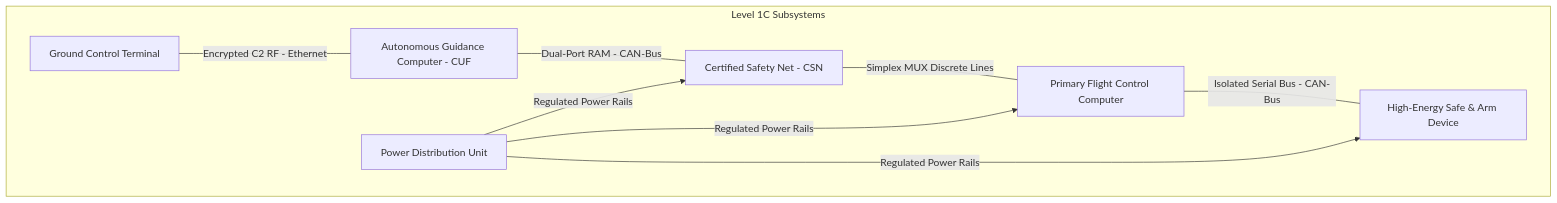
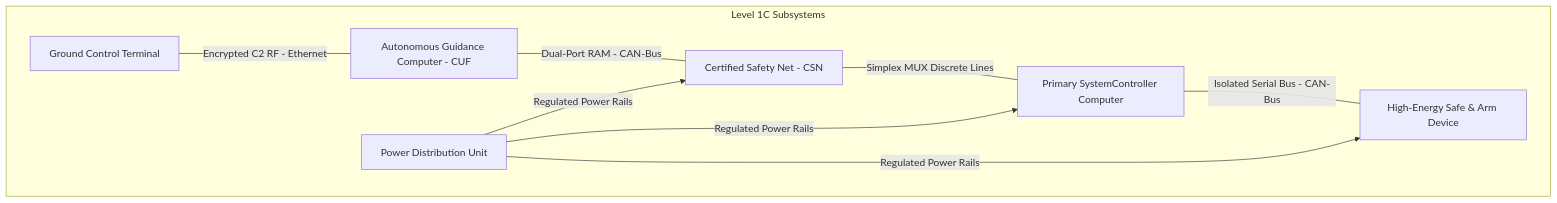
The ninth of 11 diagrams in docs/architecture/blueprints/DEAP_DETERMINISTIC_SAFETY_SPECIFICATION_COMPILER_BLUEPRINT.md (gintatkinson/DEAP01-spec-core), drawn with Mermaid before and after one commit. The commit also changed other lines of this file and 3 other files, not shown here.

````diff
--- a/docs/architecture/blueprints/DEAP_DETERMINISTIC_SAFETY_SPECIFICATION_COMPILER_BLUEPRINT.md
+++ b/docs/architecture/blueprints/DEAP_DETERMINISTIC_SAFETY_SPECIFICATION_COMPILER_BLUEPRINT.md
@@ -1282,17 +1282,17 @@
 ```mermaid
 flowchart TD
     subgraph "Level 1C Subsystems"
         S1["Ground Control Terminal"]
         S2["Autonomous Guidance Computer - CUF"]
         S3["Certified Safety Net - CSN"]
-        S4["Primary Flight Control Computer"]
+        S4["Primary SystemController Computer"]
         S5["High-Energy Safe & Arm Device"]
         S6["Power Distribution Unit"]
     end
 
     S1 ---|"Encrypted C2 RF - Ethernet"| S2
     S2 ---|"Dual-Port RAM - CAN-Bus"| S3
     S3 ---|"Simplex MUX Discrete Lines"| S4
     S4 ---|"Isolated Serial Bus - CAN-Bus"| S5
     S6 -->|"Regulated Power Rails"| S4 & S5 & S3
 ```
````
